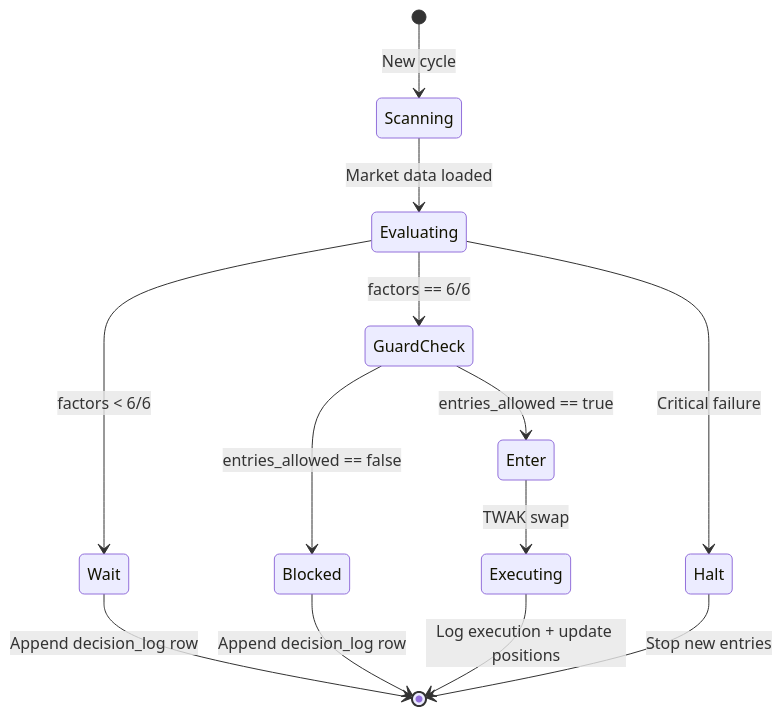
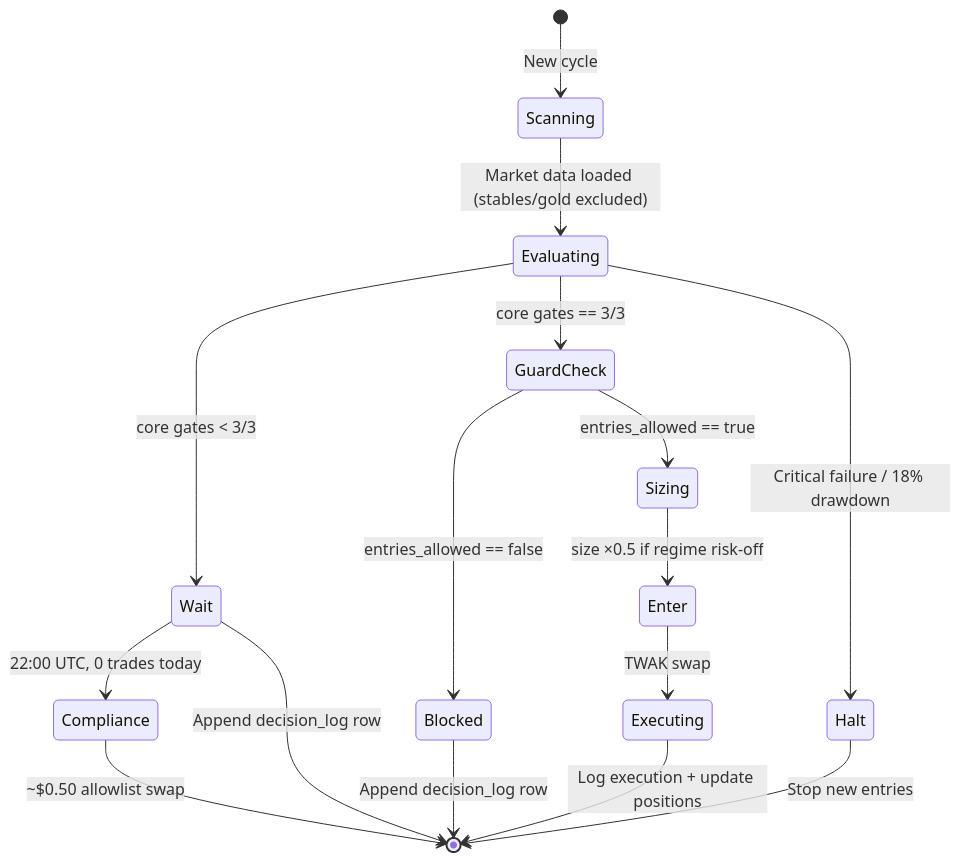
The first of 3 diagrams in docs/TRADING-ALGORITHM.md (AlejoReyna/michelobUltraSecretDashboard), drawn with Mermaid before and after one commit. The commit also changed other lines of this file and 11 other files, not shown here.

````diff
--- a/docs/TRADING-ALGORITHM.md
+++ b/docs/TRADING-ALGORITHM.md
@@ -157,15 +163,18 @@
 ```mermaid
 stateDiagram-v2
     [*] --> Scanning: New cycle
-    Scanning --> Evaluating: Market data loaded
-    Evaluating --> Wait: factors < 6/6
-    Evaluating --> GuardCheck: factors == 6/6
+    Scanning --> Evaluating: Market data loaded (stables/gold excluded)
+    Evaluating --> Wait: core gates < 3/3
+    Evaluating --> GuardCheck: core gates == 3/3
     GuardCheck --> Blocked: entries_allowed == false
-    GuardCheck --> Enter: entries_allowed == true
+    GuardCheck --> Sizing: entries_allowed == true
+    Sizing --> Enter: size ×0.5 if regime risk-off
     Enter --> Executing: TWAK swap
     Executing --> [*]: Log execution + update positions
+    Wait --> Compliance: 22:00 UTC, 0 trades today
+    Compliance --> [*]: ~$0.50 allowlist swap
     Wait --> [*]: Append decision_log row
     Blocked --> [*]: Append decision_log row
-    Evaluating --> Halt: Critical failure
+    Evaluating --> Halt: Critical failure / 18% drawdown
     Halt --> [*]: Stop new entries
 ```
````
